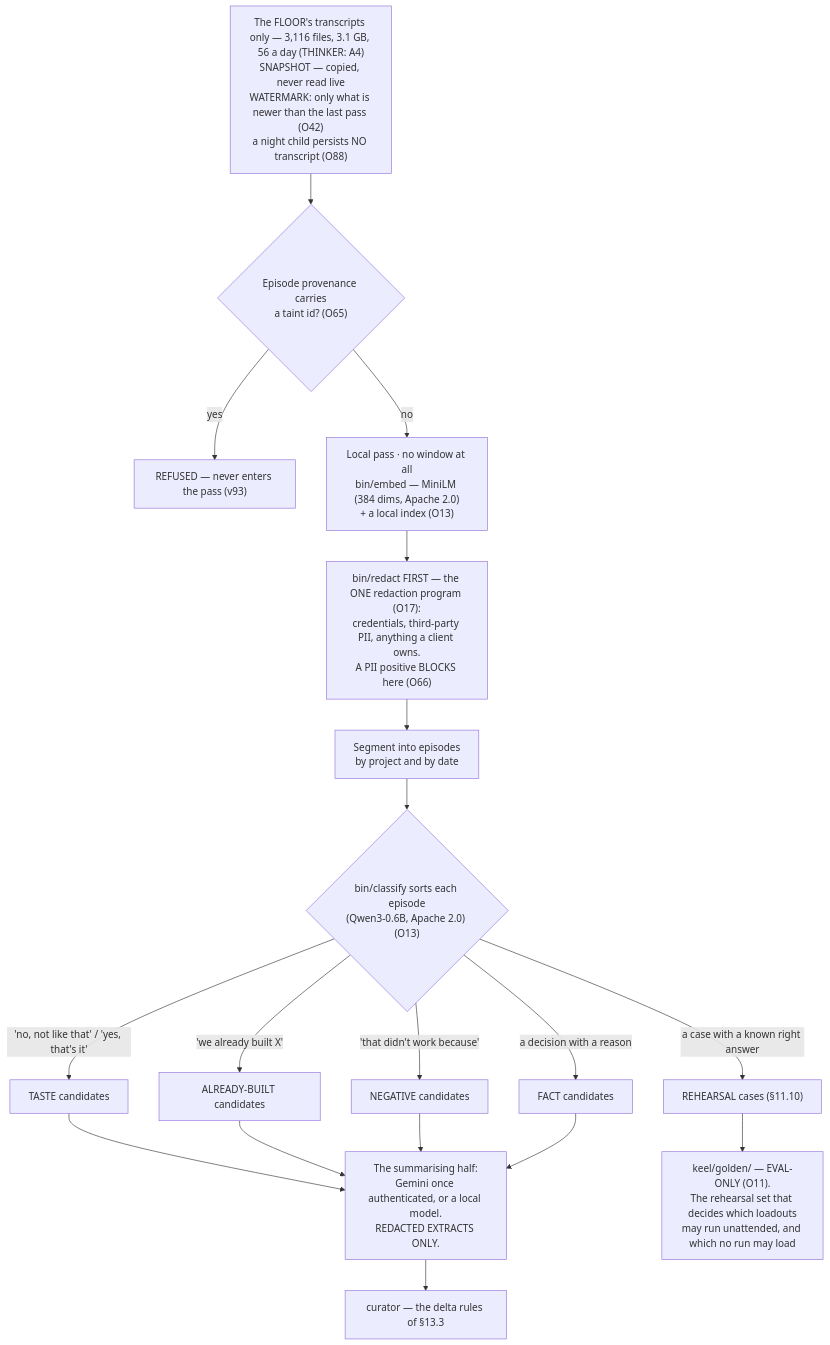
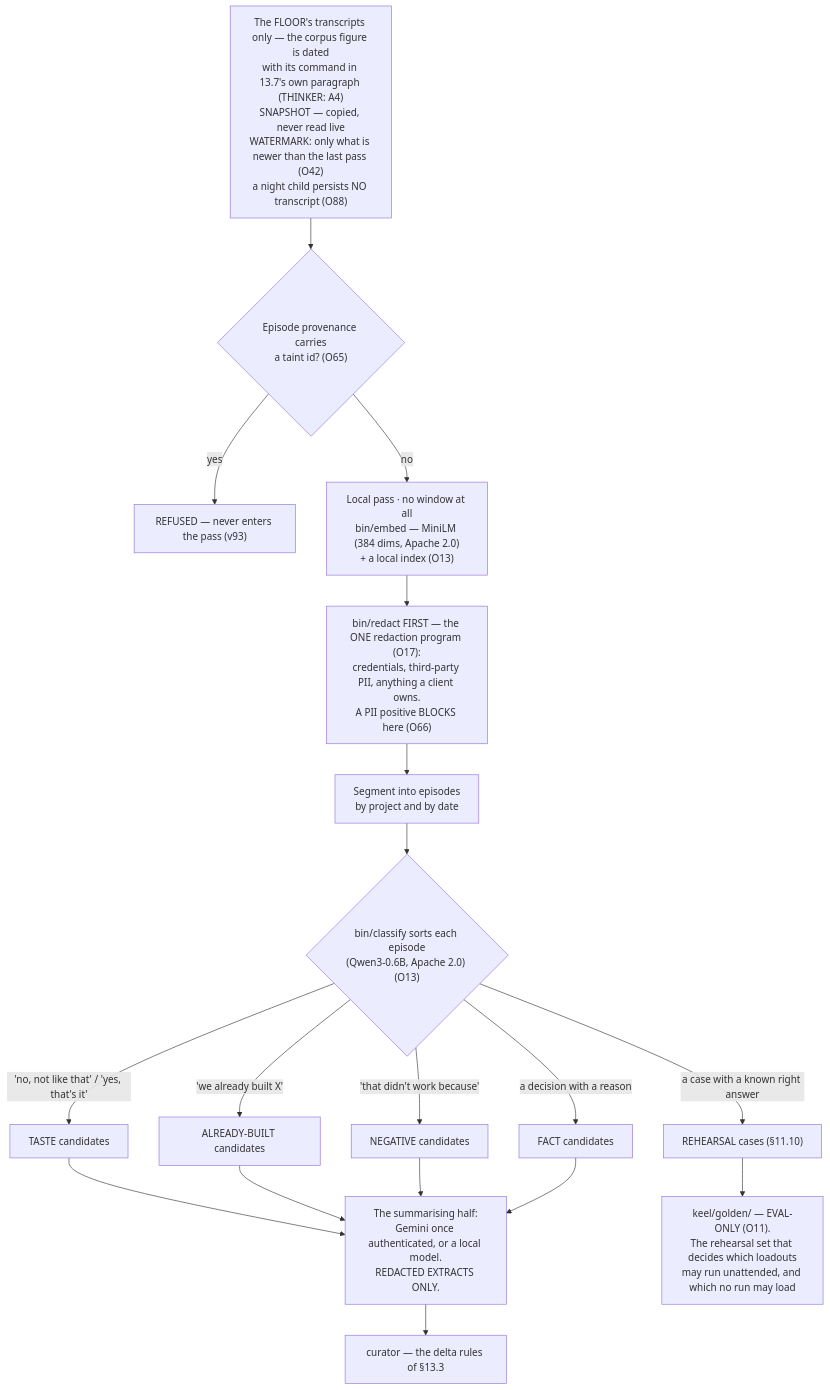
The third of 4 diagrams in docs/03-system-design/final-v2/parts/13-memory-and-knowledge.md (Adam077K/agentvibe), drawn with Mermaid before and after one commit. The commit also changed other lines of this file and 12 other files, not shown here.

````diff
--- a/docs/03-system-design/final-v2/parts/13-memory-and-knowledge.md
+++ b/docs/03-system-design/final-v2/parts/13-memory-and-knowledge.md
@@ -356,17 +360,17 @@
 ```mermaid
 flowchart TD
-    TR["The FLOOR's transcripts only — 3,116 files, 3.1 GB, 56 a day (THINKER: A4)<br/>SNAPSHOT — copied, never read live<br/>WATERMARK: only what is newer than the last pass (O42)<br/>a night child persists NO transcript (O88)"] --> TAINT{"Episode provenance carries<br/>a taint id? (O65)"}
+    TR["The FLOOR's transcripts only — the corpus figure is dated<br/>with its command in 13.7's own paragraph (THINKER: A4)<br/>SNAPSHOT — copied, never read live<br/>WATERMARK: only what is newer than the last pass (O42)<br/>a night child persists NO transcript (O88)"] --> TAINT{"Episode provenance carries<br/>a taint id? (O65)"}
     TAINT -->|"yes"| REFUSED["REFUSED — never enters the pass (v93)"]
     TAINT -->|"no"| LOCAL["Local pass · no window at all<br/>bin/embed — MiniLM (384 dims, Apache 2.0)<br/>+ a local index (O13)"]
     LOCAL --> RED["bin/redact FIRST — the ONE redaction program (O17):<br/>credentials, third-party PII, anything a client owns.<br/>A PII positive BLOCKS here (O66)"]
     RED --> SEG["Segment into episodes<br/>by project and by date"]
     SEG --> MINE{"bin/classify sorts each episode<br/>(Qwen3-0.6B, Apache 2.0) (O13)"}
     MINE -->|"'no, not like that' / 'yes, that's it'"| TASTE["TASTE candidates"]
     MINE -->|"'we already built X'"| BUILT["ALREADY-BUILT candidates"]
     MINE -->|"'that didn't work because'"| NEG["NEGATIVE candidates"]
     MINE -->|"a decision with a reason"| FACT["FACT candidates"]
     MINE -->|"a case with a known right answer"| REH["REHEARSAL cases (§11.10)"]
     TASTE & BUILT & NEG & FACT --> SUM["The summarising half:<br/>Gemini once authenticated, or a local model.<br/>REDACTED EXTRACTS ONLY."]
     SUM --> CUR["curator — the delta rules of §13.3"]
     REH --> BENCH["keel/golden/ — EVAL-ONLY (O11).<br/>The rehearsal set that decides which loadouts<br/>may run unattended, and which no run may load"]
 ```
````
